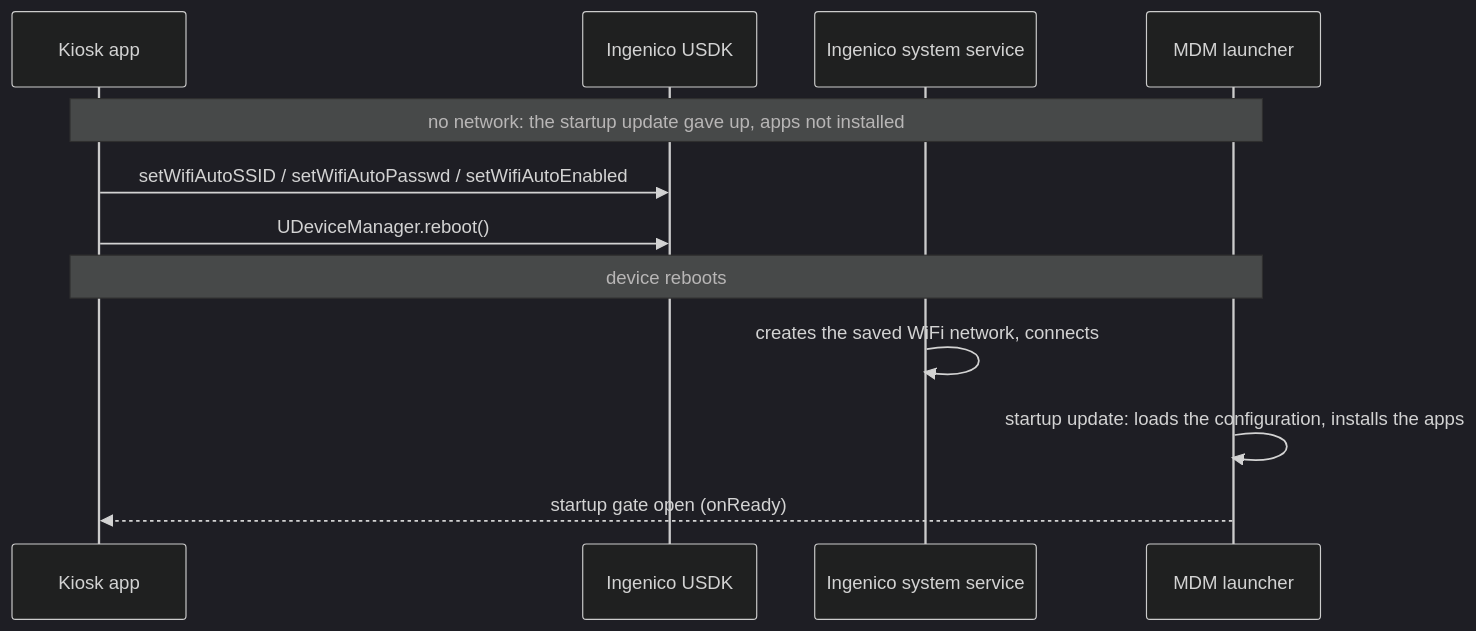
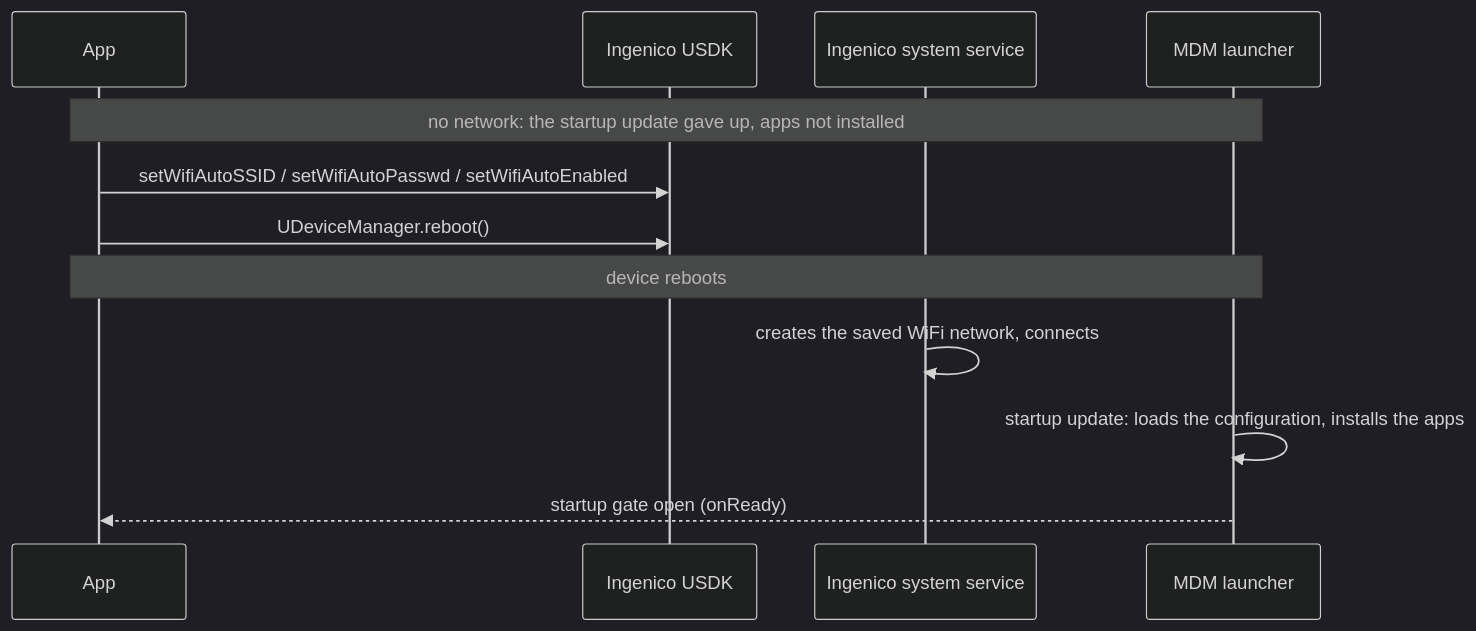
One commit to rch-fw/HmdmChangeDeviceNumber changed the first of 4 diagrams in docs/wifi-setup.md. Above: the diagram before and after it, drawn with Mermaid (dark theme). The commit also changed other lines of this file and 1 other file, not shown here.

First line of the commit message:
Docs: Ingenico terminals are not in kiosk mode

````diff
--- a/docs/wifi-setup.md
+++ b/docs/wifi-setup.md
@@ -78,14 +80,14 @@
 ```mermaid
 sequenceDiagram
-    participant A as Kiosk app
+    participant A as App
     participant U as Ingenico USDK
     participant S as Ingenico system service
     participant L as MDM launcher
     Note over A,L: no network: the startup update gave up, apps not installed
     A->>U: setWifiAutoSSID / setWifiAutoPasswd / setWifiAutoEnabled
     A->>U: UDeviceManager.reboot()
     Note over A,L: device reboots
     S->>S: creates the saved WiFi network, connects
     L->>L: startup update: loads the configuration, installs the apps
     L-->>A: startup gate open (onReady)
 ```
````
